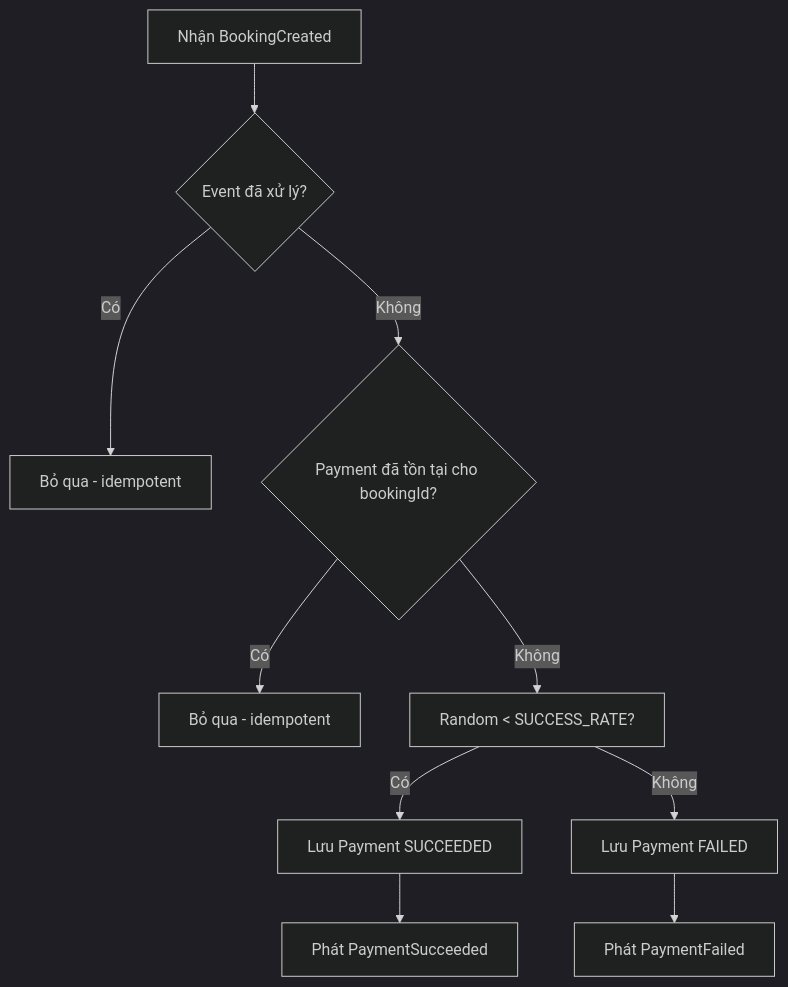
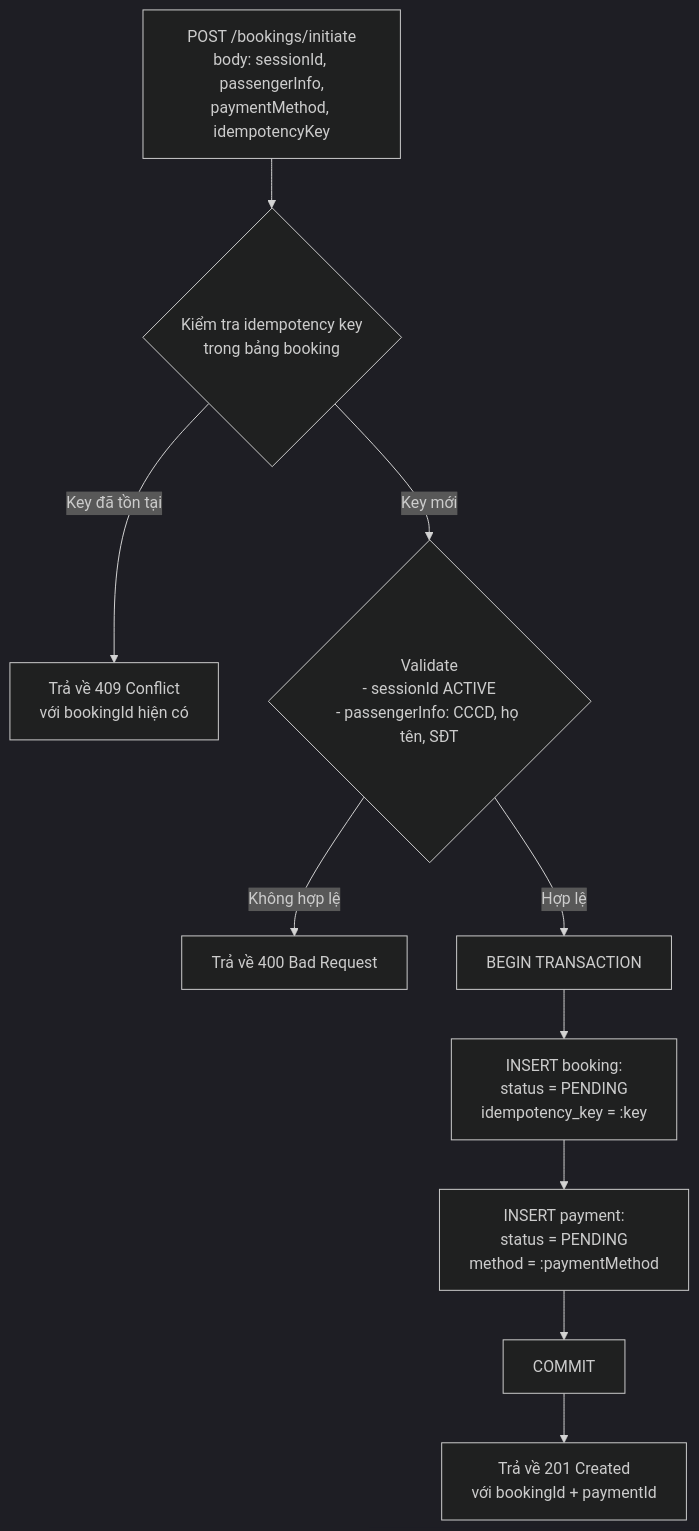
One commit to bangit14/WebBanHang-Project changed the fifth of 9 diagrams in analysis-and-design-ddd.md. Above: the diagram before and after it, drawn with Mermaid (dark theme). The commit also changed other lines of this file, not shown here.

````diff
--- a/analysis-and-design-ddd.md
+++ b/analysis-and-design-ddd.md
@@ -288,12 +315,12 @@
 ```mermaid
 flowchart TD
-    A[Nhận BookingCreated] --> B{Event đã xử lý?}
-    B -->|Có| C[Bỏ qua - idempotent]
-    B -->|Không| D{Payment đã tồn tại cho bookingId?}
-    D -->|Có| E[Bỏ qua - idempotent]
-    D -->|Không| F[Random < SUCCESS_RATE?]
-    F -->|Có| G[Lưu Payment SUCCEEDED]
-    G --> H[Phát PaymentSucceeded]
-    F -->|Không| I[Lưu Payment FAILED]
-    I --> J[Phát PaymentFailed]
+    A[POST /bookings/initiate\nbody: sessionId, passengerInfo,\npaymentMethod, idempotencyKey] --> B{Kiểm tra idempotency key\ntrong bảng booking}
+    B -->|Key đã tồn tại| C[Trả về 409 Conflict\nvới bookingId hiện có]
+    B -->|Key mới| D{Validate\n- sessionId ACTIVE\n- passengerInfo: CCCD, họ tên, SĐT}
+    D -->|Không hợp lệ| E[Trả về 400 Bad Request]
+    D -->|Hợp lệ| F[BEGIN TRANSACTION]
+    F --> G[INSERT booking:\nstatus = PENDING\nidempotency_key = :key]
+    G --> H[INSERT payment:\nstatus = PENDING\nmethod = :paymentMethod]
+    H --> I[COMMIT]
+    I --> J[Trả về 201 Created\nvới bookingId + paymentId]
 ```
````
